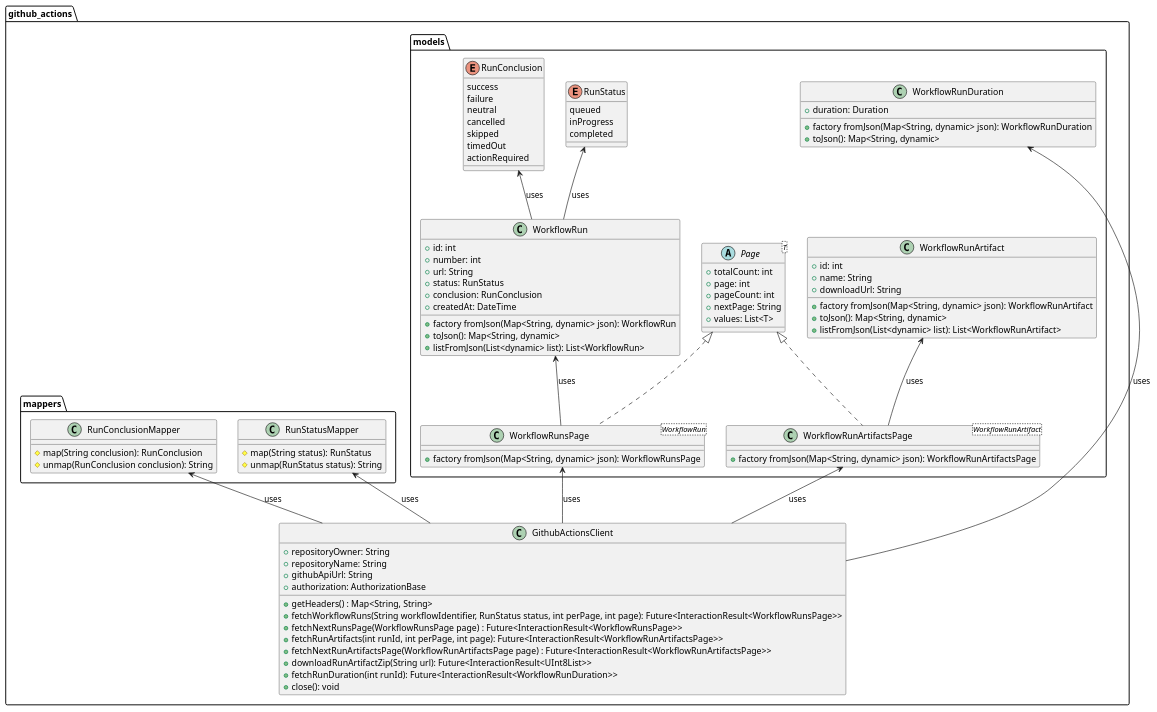
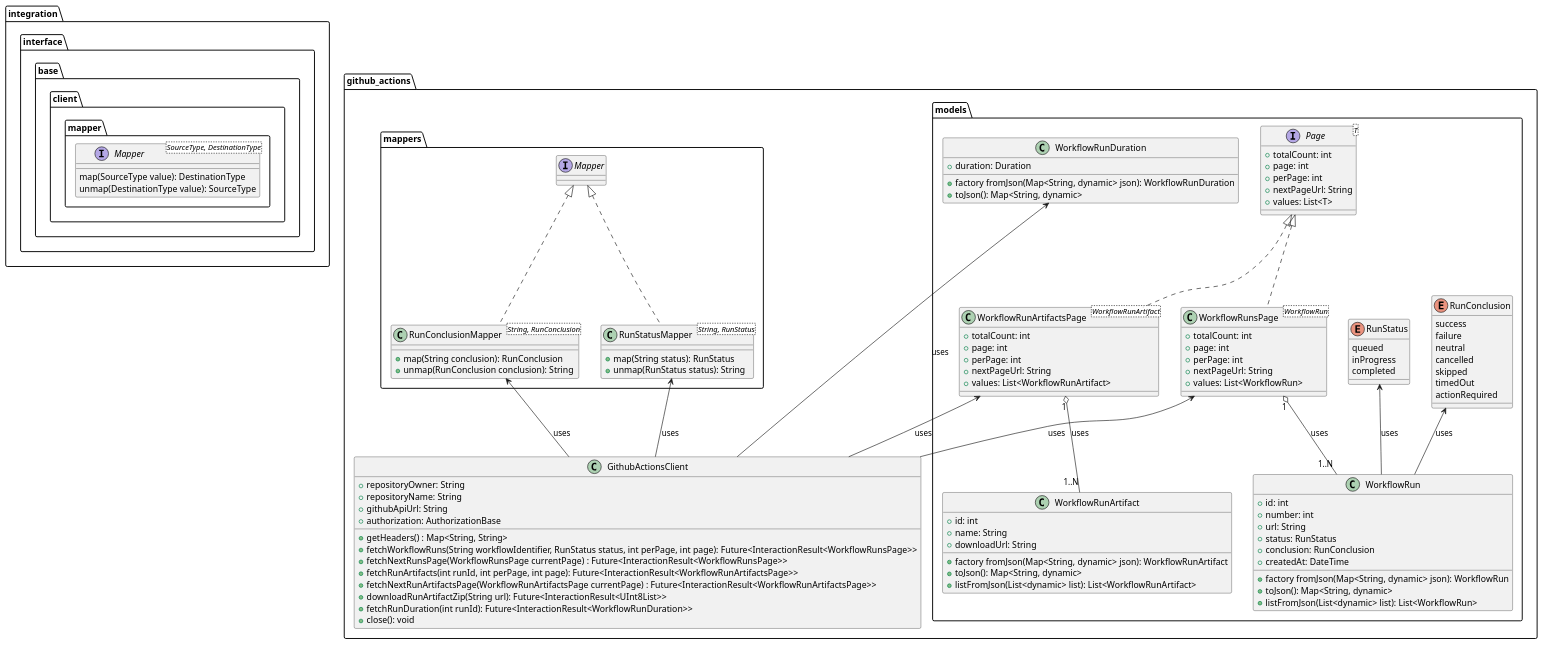
Before and after one commit to Flank/flank-dashboard: the diagram in metrics/ci_integrations/docs/github_actions/diagrams/github_actions_client_class_diagram.puml, drawn with PlantUML.

Commit message:
diagram improvements

```diff
--- a/metrics/ci_integrations/docs/github_actions/diagrams/github_actions_client_class_diagram.puml
+++ b/metrics/ci_integrations/docs/github_actions/diagrams/github_actions_client_class_diagram.puml
@@ -1,114 +1,127 @@
-@startuml
+@startuml github_actions_client_class_diagram
 
-package github_actions <<Folder>> {
+package integration.interface.base.client.mapper {
+    interface Mapper<SourceType, DestinationType> {
+        map(SourceType value): DestinationType
+        unmap(DestinationType value): SourceType
+    }
+}
 
-    package models <<Folder>> {
-
-        abstract class Page<T> {
-            +totalCount: int
-            +page: int
-            +pageCount: int
-            +nextPage: String
-            +values: List<T>
+package github_actions {
+    package models {
+        interface Page<T> {
+            + totalCount: int
+            + page: int
+            + perPage: int
+            + nextPageUrl: String
+            + values: List<T>
         }
 
         class WorkflowRunsPage<WorkflowRun> implements Page {
-             +factory fromJson(Map<String, dynamic> json): WorkflowRunsPage
+            + totalCount: int
+            + page: int
+            + perPage: int
+            + nextPageUrl: String
+            + values: List<WorkflowRun>
         }
 
         class WorkflowRunArtifactsPage<WorkflowRunArtifact> implements Page {
-            +factory fromJson(Map<String, dynamic> json): WorkflowRunArtifactsPage
+            + totalCount: int
+            + page: int
+            + perPage: int
+            + nextPageUrl: String
+            + values: List<WorkflowRunArtifact>
         }
 
         class WorkflowRun {
-            +id: int
-            +number: int
-            +url: String
-            +status: RunStatus
-            +conclusion: RunConclusion
-            +createdAt: DateTime
+            + id: int
+            + number: int
+            + url: String
+            + status: RunStatus
+            + conclusion: RunConclusion
+            + createdAt: DateTime
 
-            +factory fromJson(Map<String, dynamic> json): WorkflowRun
-            +toJson(): Map<String, dynamic>
-            +listFromJson(List<dynamic> list): List<WorkflowRun>
+            + factory fromJson(Map<String, dynamic> json): WorkflowRun
+            + toJson(): Map<String, dynamic>
+            + listFromJson(List<dynamic> list): List<WorkflowRun>
         }
 
         class WorkflowRunArtifact {
-            +id: int
-            +name: String
-            +downloadUrl: String
+            + id: int
+            + name: String
+            + downloadUrl: String
 
-           +factory fromJson(Map<String, dynamic> json): WorkflowRunArtifact
-           +toJson(): Map<String, dynamic>
-           +listFromJson(List<dynamic> list): List<WorkflowRunArtifact>
+            + factory fromJson(Map<String, dynamic> json): WorkflowRunArtifact
+            + toJson(): Map<String, dynamic>
+            + listFromJson(List<dynamic> list): List<WorkflowRunArtifact>
         }
 
         class WorkflowRunDuration {
-            +duration: Duration
+            + duration: Duration
 
-            +factory fromJson(Map<String, dynamic> json): WorkflowRunDuration
-            +toJson(): Map<String, dynamic>
+            + factory fromJson(Map<String, dynamic> json): WorkflowRunDuration
+            + toJson(): Map<String, dynamic>
         }
 
 
         enum RunStatus {
             queued
             inProgress
             completed
         }
 
         enum RunConclusion {
             success
             failure
             neutral
             cancelled
             skipped
             timedOut
             actionRequired
         }
 
     }
 
-    package mappers <<Folder>> {
-        class RunConclusionMapper {
-            #map(String conclusion): RunConclusion
-            #unmap(RunConclusion conclusion): String
+    package mappers {
+        class RunConclusionMapper<String, RunConclusion> implements Mapper {
+            + map(String conclusion): RunConclusion
+            + unmap(RunConclusion conclusion): String
         }
 
-        class RunStatusMapper {
-            #map(String status): RunStatus
-            #unmap(RunStatus status): String
+        class RunStatusMapper<String, RunStatus> implements Mapper {
+            + map(String status): RunStatus
+            + unmap(RunStatus status): String
         }
 
     }
 
 
     class GithubActionsClient {
-        +repositoryOwner: String
-        +repositoryName: String
-        +githubApiUrl: String
-        +authorization: AuthorizationBase
+        + repositoryOwner: String
+        + repositoryName: String
+        + githubApiUrl: String
+        + authorization: AuthorizationBase
 
-        +getHeaders() : Map<String, String>
-        +fetchWorkflowRuns(String workflowIdentifier, RunStatus status, int perPage, int page): Future<InteractionResult<WorkflowRunsPage>>
-        +fetchNextRunsPage(WorkflowRunsPage page) : Future<InteractionResult<WorkflowRunsPage>>
-        +fetchRunArtifacts(int runId, int perPage, int page): Future<InteractionResult<WorkflowRunArtifactsPage>>
-        +fetchNextRunArtifactsPage(WorkflowRunArtifactsPage page) : Future<InteractionResult<WorkflowRunArtifactsPage>>
-        +downloadRunArtifactZip(String url): Future<InteractionResult<UInt8List>>
-        +fetchRunDuration(int runId): Future<InteractionResult<WorkflowRunDuration>>
-        +close(): void
+        + getHeaders() : Map<String, String>
+        + fetchWorkflowRuns(String workflowIdentifier, RunStatus status, int perPage, int page): Future<InteractionResult<WorkflowRunsPage>>
+        + fetchNextRunsPage(WorkflowRunsPage currentPage) : Future<InteractionResult<WorkflowRunsPage>>
+        + fetchRunArtifacts(int runId, int perPage, int page): Future<InteractionResult<WorkflowRunArtifactsPage>>
+        + fetchNextRunArtifactsPage(WorkflowRunArtifactsPage currentPage) : Future<InteractionResult<WorkflowRunArtifactsPage>>
+        + downloadRunArtifactZip(String url): Future<InteractionResult<UInt8List>>
+        + fetchRunDuration(int runId): Future<InteractionResult<WorkflowRunDuration>>
+        + close(): void
     }
 }
 
 
 WorkflowRunDuration <-- GithubActionsClient : uses
 WorkflowRunsPage <-- GithubActionsClient : uses
 WorkflowRunArtifactsPage <-- GithubActionsClient : uses
-WorkflowRun <-- WorkflowRunsPage : uses
-WorkflowRunArtifact <-- WorkflowRunArtifactsPage : uses
+WorkflowRun "1..N" -up-o "1" WorkflowRunsPage : uses
+WorkflowRunArtifact "1..N" -up-o "1" WorkflowRunArtifactsPage : uses
 RunStatusMapper <-- GithubActionsClient : uses
 RunConclusionMapper <-- GithubActionsClient : uses
 RunConclusion <-- WorkflowRun : uses
 RunStatus <-- WorkflowRun : uses
 
 @enduml
```
